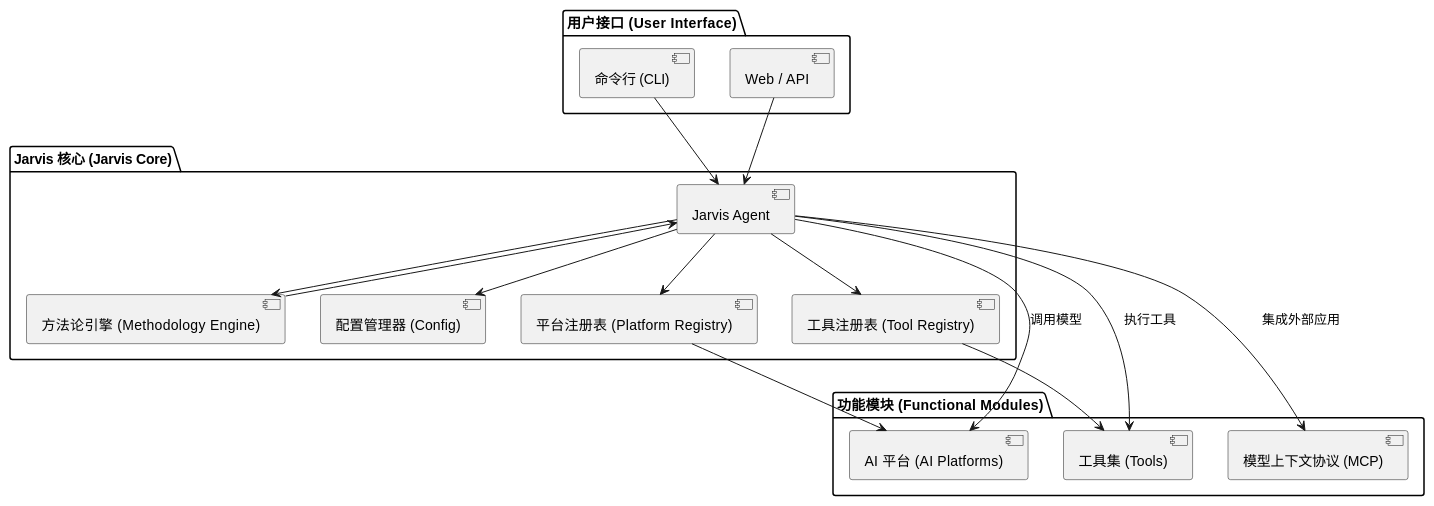
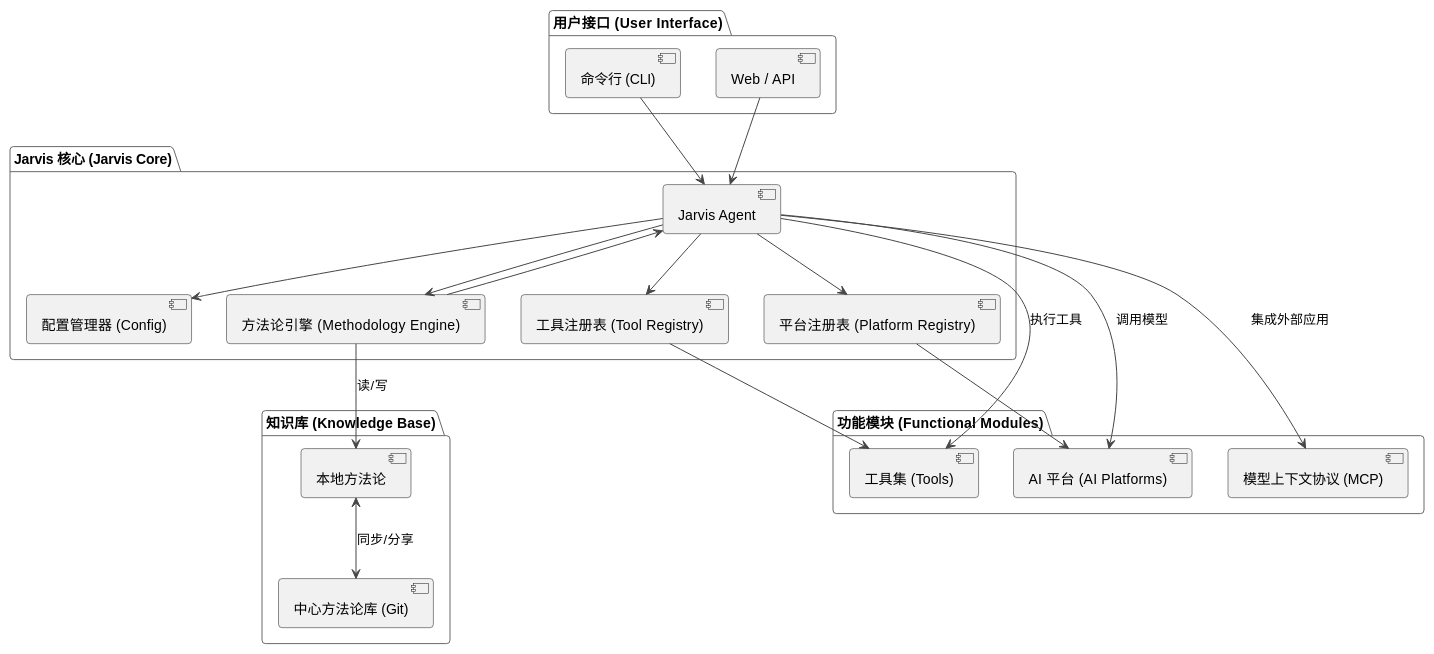
One commit to skyfireitdiy/Jarvis changed the first of 8 diagrams in docs/technical_documentation.md. Above: the diagram before and after it, drawn with PlantUML. The commit also changed other lines of this file and 2 other files, not shown here.

First line of the commit message:
feat(methodology): 引入中心方法论库以实现团队知识共享

````diff
--- a/docs/technical_documentation.md
+++ b/docs/technical_documentation.md
@@ -49,41 +49,50 @@
 ```plantuml
 @startuml
+!theme vibrant
 
 package "用户接口 (User Interface)" {
   [命令行 (CLI)] as CLI
   [Web / API] as WebAPI
 }
 
 package "Jarvis 核心 (Jarvis Core)" {
   [Jarvis Agent] as Agent
   [配置管理器 (Config)] as Config
   [工具注册表 (Tool Registry)] as ToolRegistry
   [平台注册表 (Platform Registry)] as PlatformRegistry
   [方法论引擎 (Methodology Engine)] as MethodologyEngine
+}
+
+package "知识库 (Knowledge Base)" {
+  [本地方法论] as LocalMethodologies
+  [中心方法论库 (Git)] as CentralRepo
 }
 
 package "功能模块 (Functional Modules)" {
   [工具集 (Tools)] as Tools
   [AI 平台 (AI Platforms)] as Platforms
   [模型上下文协议 (MCP)] as MCP
 }
 
 CLI --> Agent
 WebAPI --> Agent
 
 Agent --> Config
 Agent --> ToolRegistry
 Agent --> PlatformRegistry
 Agent --> MethodologyEngine
 
+MethodologyEngine --> LocalMethodologies : "读/写"
+LocalMethodologies <--> CentralRepo : "同步/分享"
+
 MethodologyEngine --> Agent
 
 ToolRegistry --> Tools
 PlatformRegistry --> Platforms
 
 Agent --> Tools: 执行工具
 Agent --> Platforms: 调用模型
 Agent --> MCP: 集成外部应用
 
 @enduml
 ```
````
